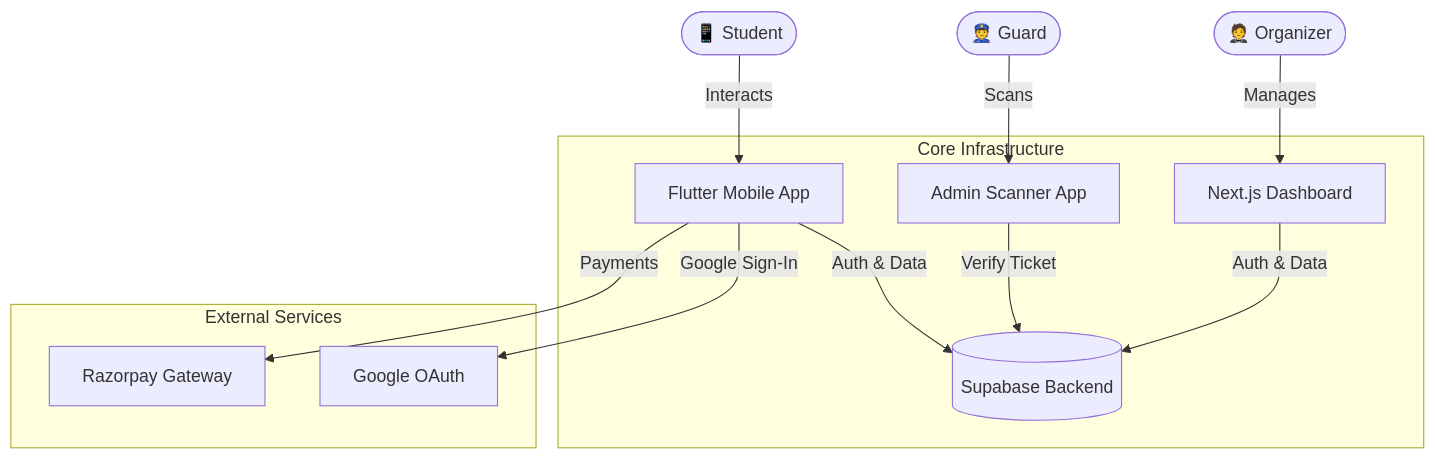
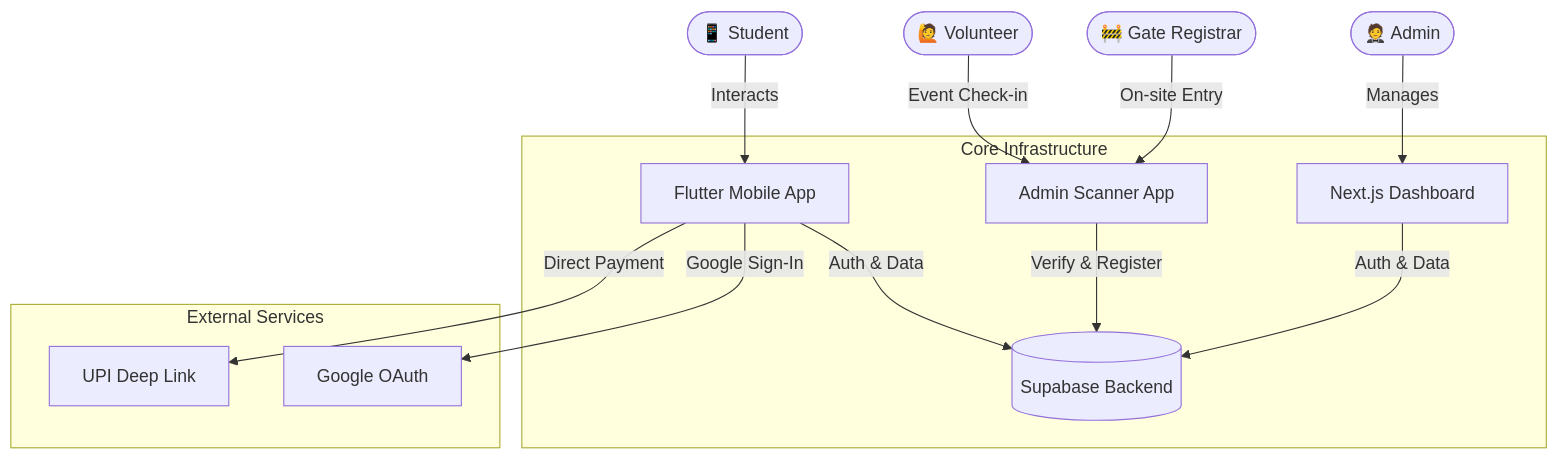
One commit to AdithyaKul/RegisterYu changed the diagram in README.md. Above: the diagram before and after it, drawn with Mermaid. The commit also changed other lines of this file and 1 other file, not shown here.

Commit message:
plan: update rbac roles, upi payments, and scanner modes

````diff
--- a/README.md
+++ b/README.md
@@ -31,17 +31,18 @@
 ```mermaid
 graph TD
     User([📱 Student]) -->|Interacts| MobileApp[Flutter Mobile App]
-    Admin([🤵 Organizer]) -->|Manages| WebDash[Next.js Dashboard]
-    Security([👮 Guard]) -->|Scans| Scanner[Admin Scanner App]
+    Admin([🤵 Admin]) -->|Manages| WebDash[Next.js Dashboard]
+    Gate([🚧 Gate Registrar]) -->|On-site Entry| Scanner[Admin Scanner App]
+    Vol([🙋 Volunteer]) -->|Event Check-in| Scanner
 
     subgraph "Core Infrastructure"
         MobileApp -->|Auth & Data| Supabase[(Supabase Backend)]
         WebDash -->|Auth & Data| Supabase
-        Scanner -->|Verify Ticket| Supabase
+        Scanner -->|Verify & Register| Supabase
     end
 
     subgraph "External Services"
         MobileApp -->|Google Sign-In| OAuth[Google OAuth]
-        MobileApp -->|Payments| Razorpay[Razorpay Gateway]
+        MobileApp -->|Direct Payment| UPI[UPI Deep Link]
     end
 ```
````
